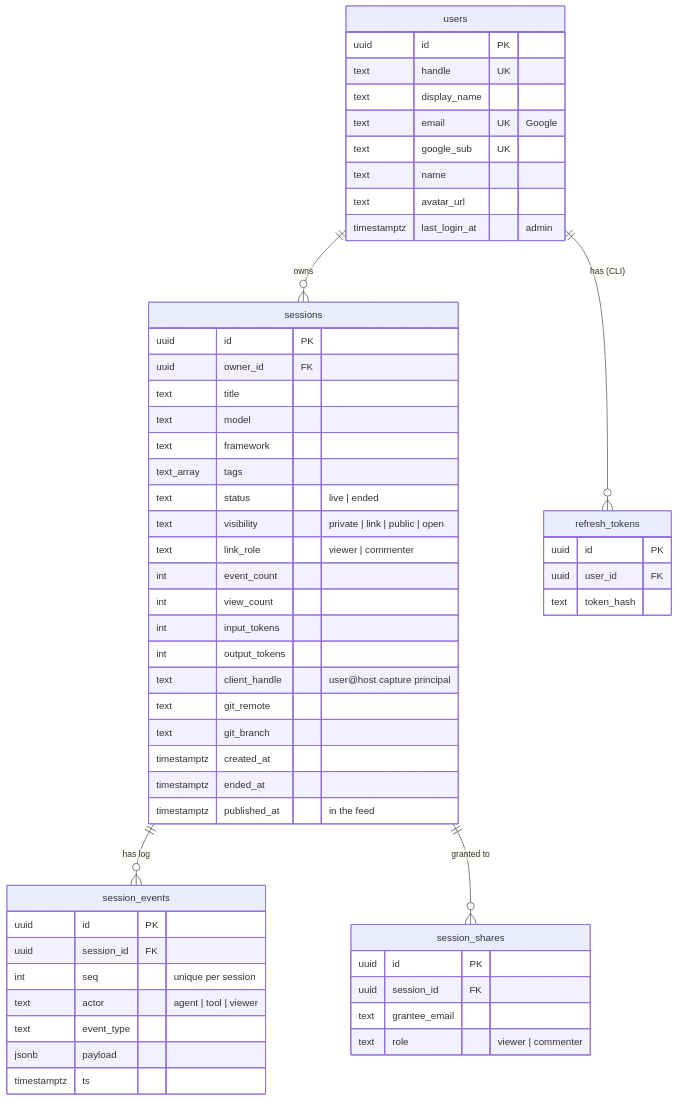
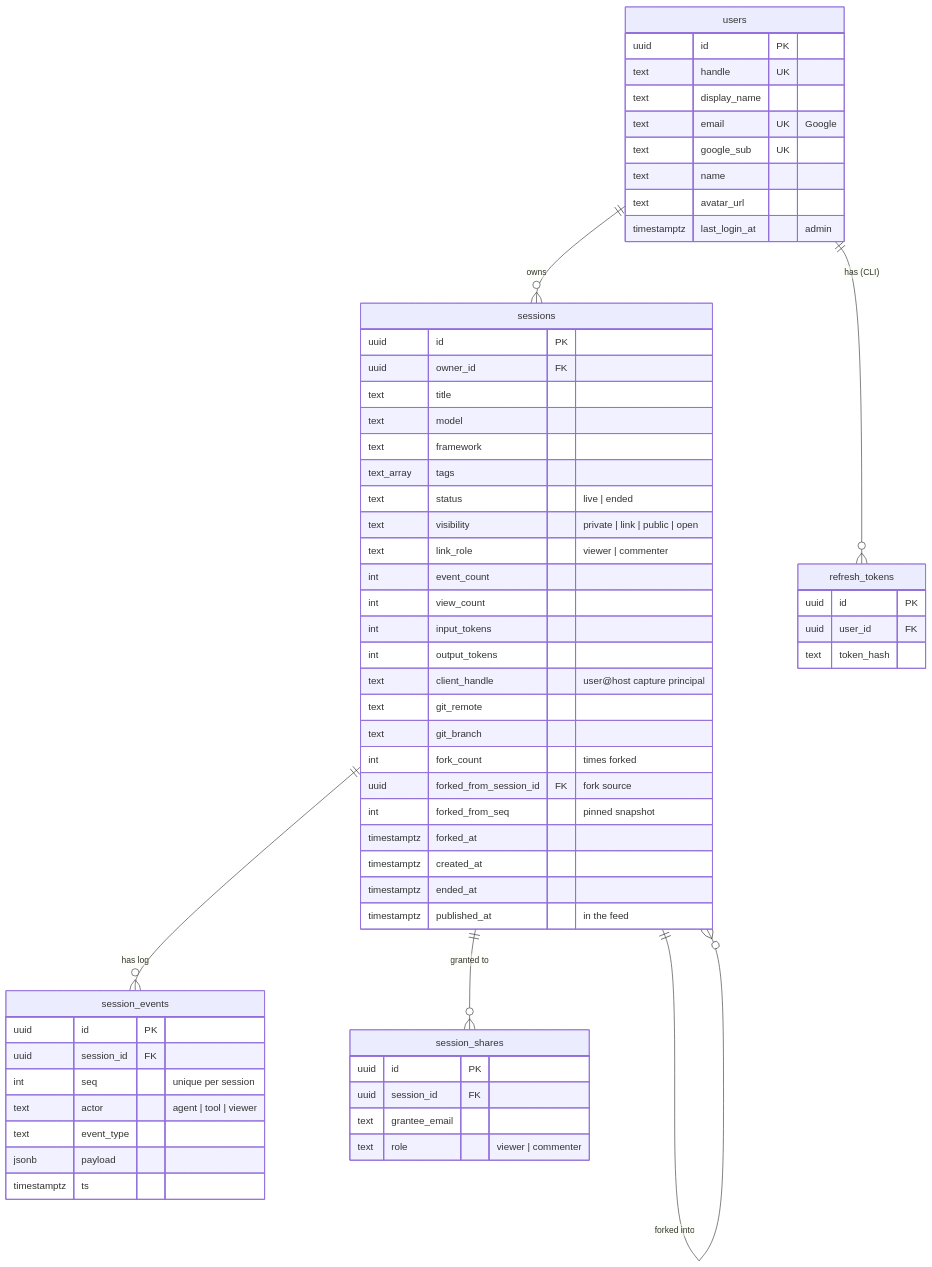
One commit to liveshortly/liveshortly-server changed the fifth of 5 diagrams in README.md. Above: the diagram before and after it, drawn with Mermaid. The commit also changed other lines of this file and 4 other files, not shown here.

````diff
--- a/README.md
+++ b/README.md
@@ -313,59 +366,64 @@
 ```mermaid
 erDiagram
   users ||--o{ sessions : owns
   users ||--o{ refresh_tokens : "has (CLI)"
   sessions ||--o{ session_events : "has log"
   sessions ||--o{ session_shares : "granted to"
+  sessions ||--o{ sessions : "forked into"
 
   users {
     uuid id PK
     text handle UK
     text display_name
     text email UK "Google"
     text google_sub UK
     text name
     text avatar_url
     timestamptz last_login_at "admin"
   }
   sessions {
     uuid id PK
     uuid owner_id FK
     text title
     text model
     text framework
     text_array tags
     text status "live | ended"
     text visibility "private | link | public | open"
     text link_role "viewer | commenter"
     int event_count
     int view_count
     int input_tokens
     int output_tokens
     text client_handle "user@host capture principal"
     text git_remote
     text git_branch
+    int fork_count "times forked"
+    uuid forked_from_session_id FK "fork source"
+    int forked_from_seq "pinned snapshot"
+    timestamptz forked_at
     timestamptz created_at
     timestamptz ended_at
     timestamptz published_at "in the feed"
   }
   session_events {
     uuid id PK
     uuid session_id FK
     int seq "unique per session"
     text actor "agent | tool | viewer"
     text event_type
     jsonb payload
     timestamptz ts
   }
   session_shares {
     uuid id PK
     uuid session_id FK
     text grantee_email
     text role "viewer | commenter"
   }
   refresh_tokens {
     uuid id PK
     uuid user_id FK
     text token_hash
   }
 ```
````
